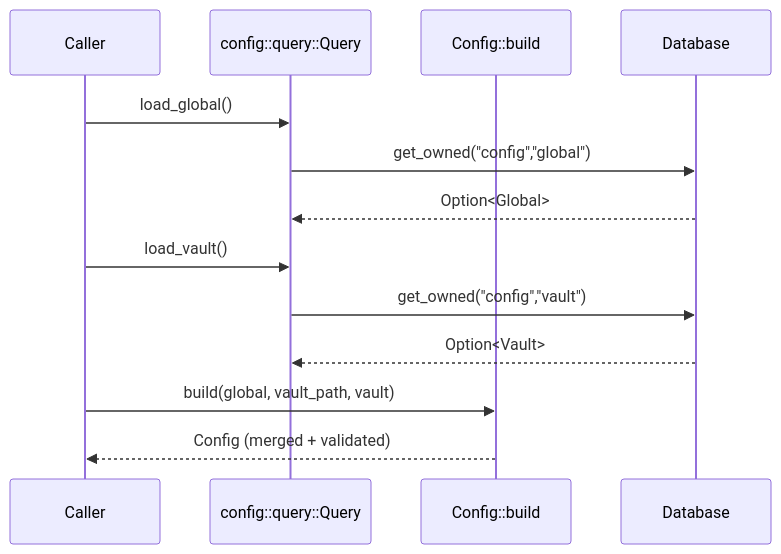
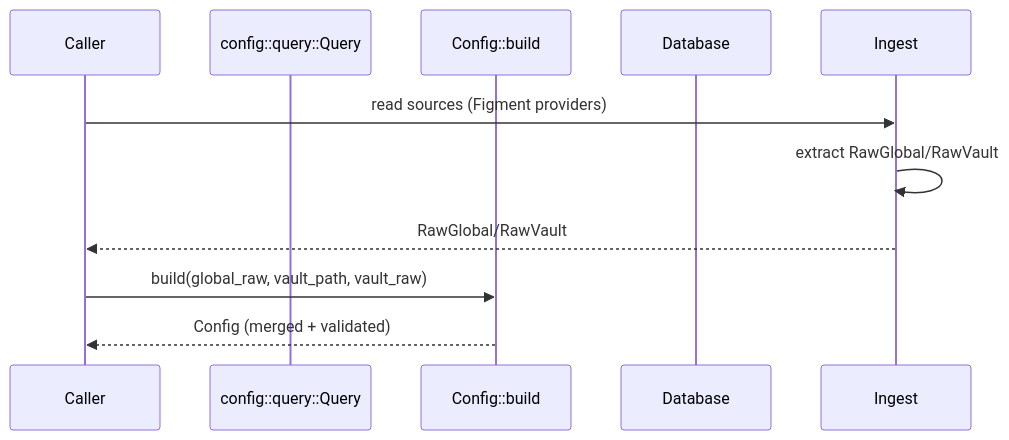
Before and after one commit to JackMatanky/lithos: the second of 2 diagrams in docs/design/001-config-models.md, drawn with Mermaid. The commit also changed other lines of this file and 2 other files, not shown here.

First line of the commit message:
docs(design): add config ingest/raw flow and Figment integration

````diff
--- a/docs/design/001-config-models.md
+++ b/docs/design/001-config-models.md
@@ -299,18 +318,14 @@
 ```mermaid
 sequenceDiagram
   participant Caller
   participant Q as config::query::Query
   participant Agg as Config::build
   participant DB as Database
 
-  Caller->>Q: load_global()
-  Q->>DB: get_owned("config","global")
-  DB-->>Q: Option<Global>
+  Caller->>Ingest: read sources (Figment providers)
+  Ingest->>Ingest: extract RawGlobal/RawVault
+  Ingest-->>Caller: RawGlobal/RawVault
 
-  Caller->>Q: load_vault()
-  Q->>DB: get_owned("config","vault")
-  DB-->>Q: Option<Vault>
-
-  Caller->>Agg: build(global, vault_path, vault)
+  Caller->>Agg: build(global_raw, vault_path, vault_raw)
   Agg-->>Caller: Config (merged + validated)
 ```
````
